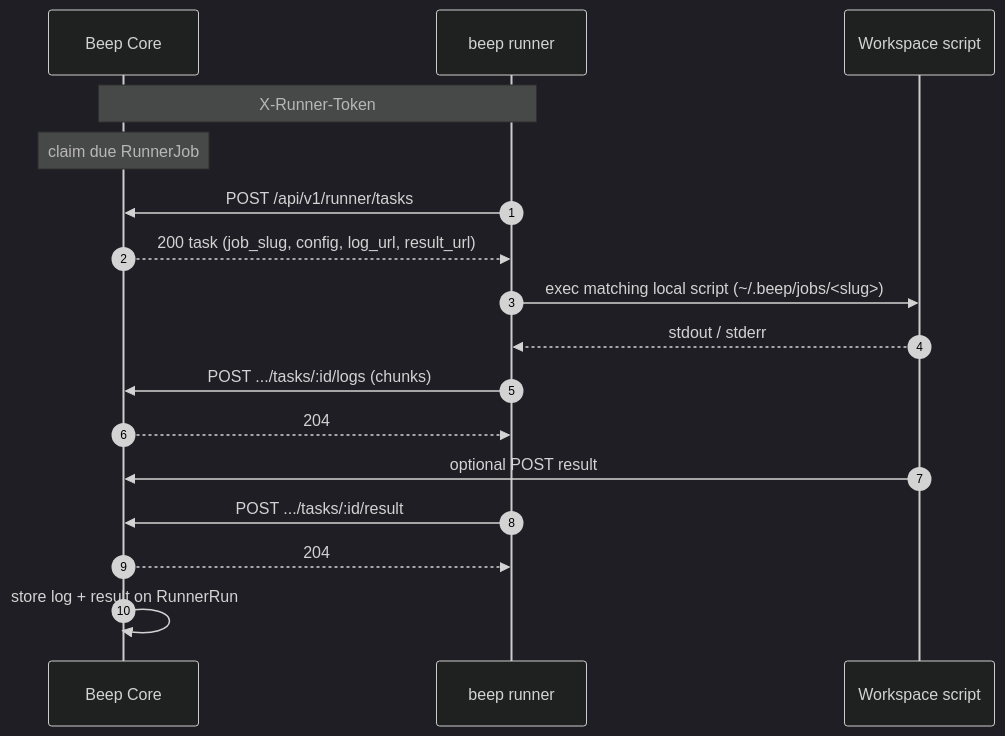
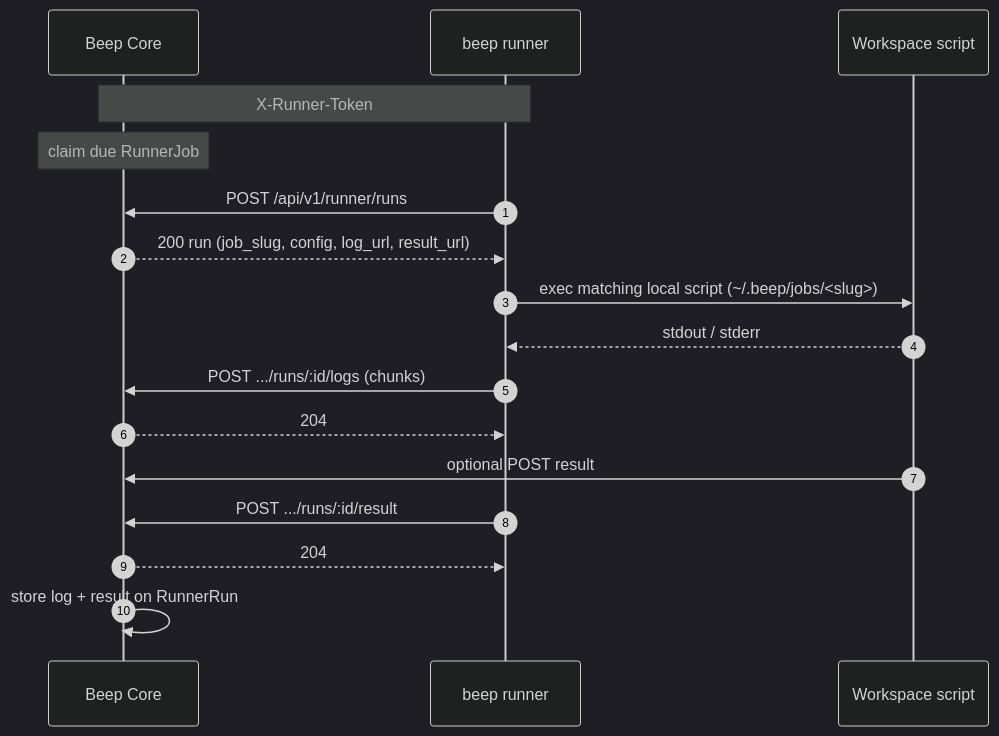
One commit to yuler/beep changed the diagram in docs/architecture/runner.md. Above: the diagram before and after it, drawn with Mermaid (dark theme). The commit also changed other lines of this file and 46 other files, not shown here.

Commit message:
✨ [cli,core] Add beep logs and rename runner tasks to runs (#60)

````diff
--- a/docs/architecture/runner.md
+++ b/docs/architecture/runner.md
@@ -7,20 +7,20 @@
 ```mermaid
 sequenceDiagram
   autonumber
   participant Core as Beep Core
   participant Runner as beep runner
   participant Script as Workspace script
 
   Note over Runner,Core: X-Runner-Token
   Note over Core: claim due RunnerJob
-  Runner->>Core: POST /api/v1/runner/tasks
-  Core-->>Runner: 200 task (job_slug, config, log_url, result_url)
+  Runner->>Core: POST /api/v1/runner/runs
+  Core-->>Runner: 200 run (job_slug, config, log_url, result_url)
   Runner->>Script: exec matching local script (~/.beep/jobs/<slug>)
   Script-->>Runner: stdout / stderr
-  Runner->>Core: POST .../tasks/:id/logs (chunks)
+  Runner->>Core: POST .../runs/:id/logs (chunks)
   Core-->>Runner: 204
   Script->>Core: optional POST result
-  Runner->>Core: POST .../tasks/:id/result
+  Runner->>Core: POST .../runs/:id/result
   Core-->>Runner: 204
   Core->>Core: store log + result on RunnerRun
 ```
````
